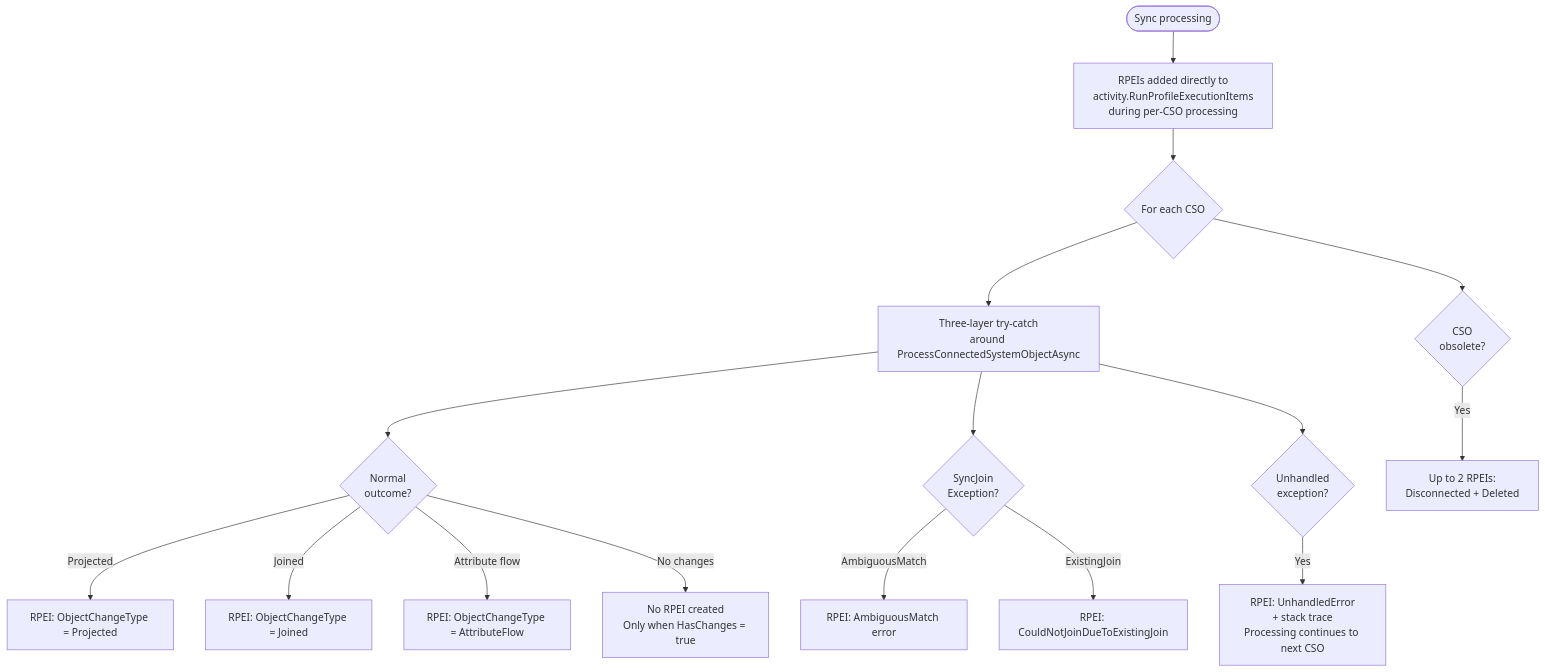
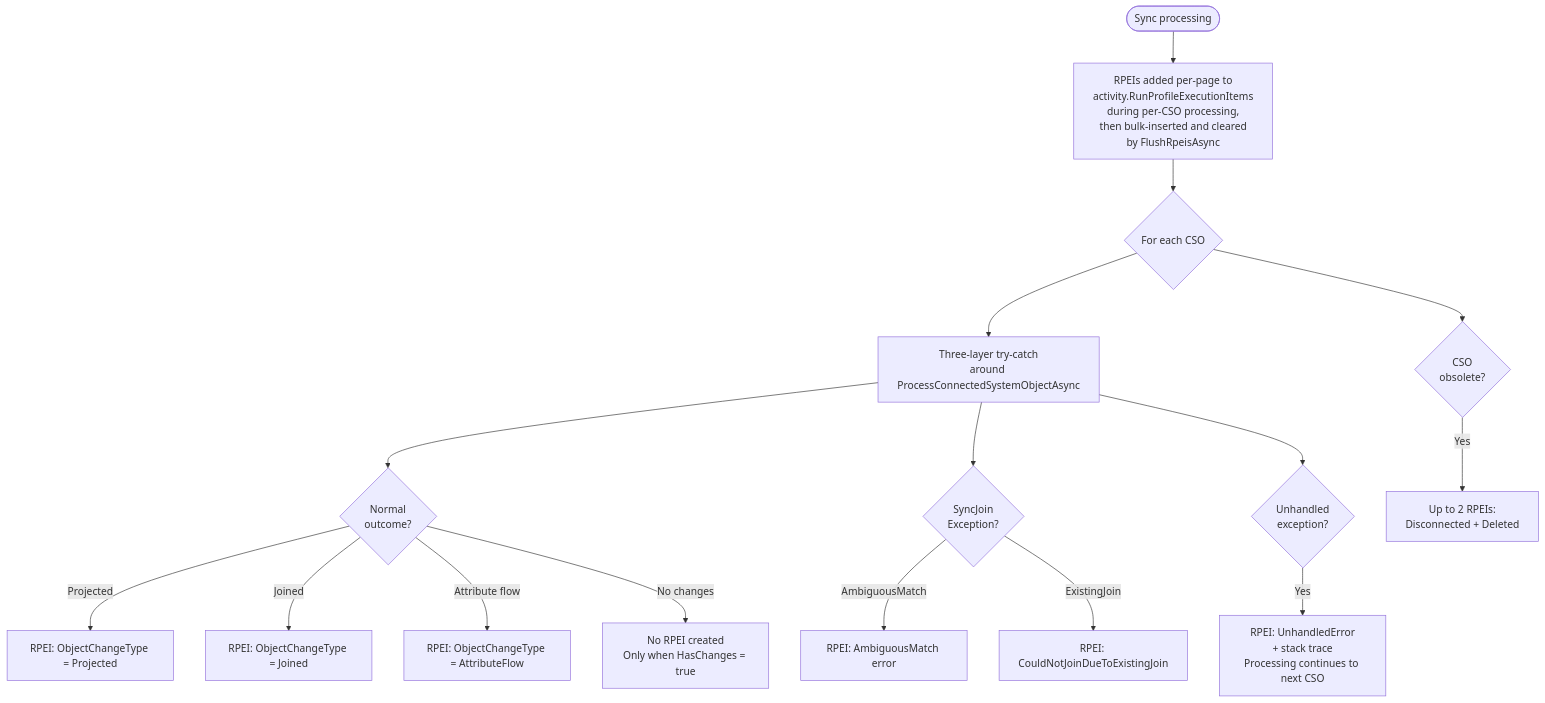
One commit to TetronIO/JIM changed the third of 6 diagrams in docs/developer/diagrams/ACTIVITY_AND_RPEI_FLOW.md. Above: the diagram before and after it, drawn with Mermaid. The commit also changed other lines of this file and 47 other files, not shown here.

````diff
--- a/docs/developer/diagrams/ACTIVITY_AND_RPEI_FLOW.md
+++ b/docs/developer/diagrams/ACTIVITY_AND_RPEI_FLOW.md
@@ -85,24 +87,24 @@
 ```mermaid
 flowchart TD
-    SyncStart([Sync processing]) --> DirectAdd[RPEIs added directly to<br/>activity.RunProfileExecutionItems<br/>during per-CSO processing]
+    SyncStart([Sync processing]) --> DirectAdd[RPEIs added per-page to<br/>activity.RunProfileExecutionItems<br/>during per-CSO processing,<br/>then bulk-inserted and cleared<br/>by FlushRpeisAsync]
 
     DirectAdd --> PerCSO{For each CSO}
 
     PerCSO --> TryCatch[Three-layer try-catch<br/>around ProcessConnectedSystemObjectAsync]
 
     TryCatch --> Normal{Normal<br/>outcome?}
     Normal -->|Projected| ProjectedRPEI[RPEI: ObjectChangeType = Projected]
     Normal -->|Joined| JoinedRPEI[RPEI: ObjectChangeType = Joined]
     Normal -->|Attribute flow| FlowRPEI[RPEI: ObjectChangeType = AttributeFlow]
     Normal -->|No changes| SkipRPEI[No RPEI created<br/>Only when HasChanges = true]
 
     TryCatch --> JoinError{SyncJoin<br/>Exception?}
     JoinError -->|AmbiguousMatch| AmbiguousRPEI[RPEI: AmbiguousMatch error]
     JoinError -->|ExistingJoin| ExistingRPEI[RPEI: CouldNotJoinDueToExistingJoin]
 
     TryCatch --> Unhandled{Unhandled<br/>exception?}
     Unhandled -->|Yes| UnhandledRPEI2[RPEI: UnhandledError<br/>+ stack trace<br/>Processing continues to next CSO]
 
     PerCSO --> Obsolete{CSO<br/>obsolete?}
     Obsolete -->|Yes| ObsoleteRPEIs[Up to 2 RPEIs:<br/>Disconnected + Deleted]
 ```
````
